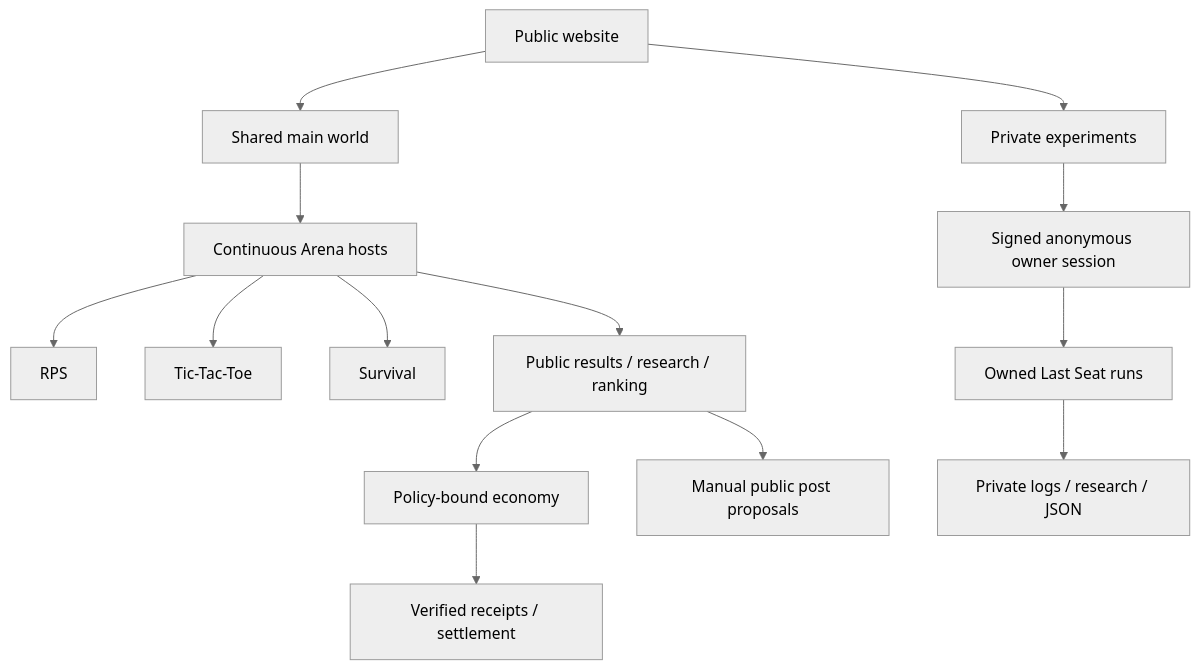
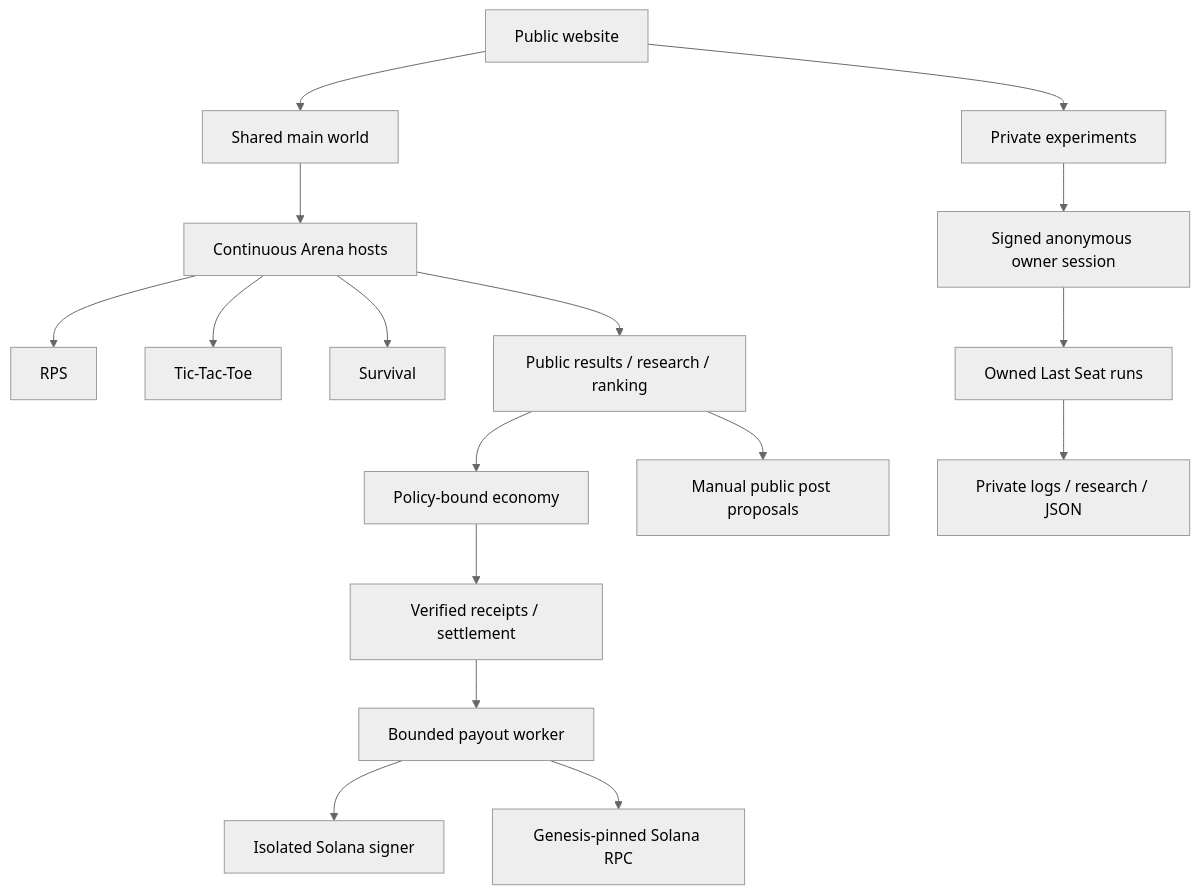
The diagram in ARCHITECTURE.md (lewodro/autonomous-agent-economy), drawn with Mermaid (neutral theme) before and after one commit. The commit also changed other lines of this file and 10 other files, not shown here.

````diff
--- a/ARCHITECTURE.md
+++ b/ARCHITECTURE.md
@@ -5,16 +5,19 @@
 ```mermaid
 flowchart TB
     Web[Public website] --> Shared[Shared main world]
     Web --> Private[Private experiments]
     Shared --> Arena[Continuous Arena hosts]
     Arena --> RPS[RPS]
     Arena --> TTT[Tic-Tac-Toe]
     Arena --> Survival[Survival]
     Arena --> PublicData[Public results / research / ranking]
     Private --> Owner[Signed anonymous owner session]
     Owner --> LastSeat[Owned Last Seat runs]
     LastSeat --> PrivateData[Private logs / research / JSON]
     PublicData --> Economy[Policy-bound economy]
     Economy --> Receipts[Verified receipts / settlement]
+    Receipts --> PayoutWorker[Bounded payout worker]
+    PayoutWorker --> Signer[Isolated Solana signer]
+    PayoutWorker --> Rpc[Genesis-pinned Solana RPC]
     PublicData --> Social[Manual public post proposals]
 ```
````
